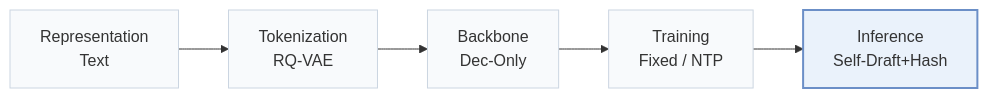
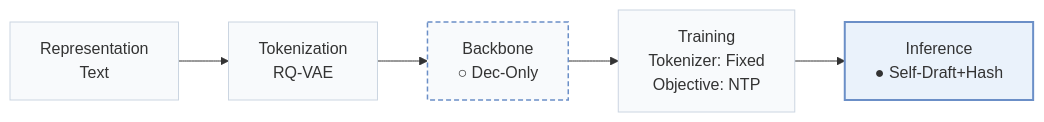
The first of 2 diagrams in pages/papers/nezha.md (Galaxy-ghost/Awesome-SID-Generative-Rec), drawn with Mermaid before and after one commit. The commit also changed other lines of this file and 558 other files, not shown here.

````diff
--- a/pages/papers/nezha.md
+++ b/pages/papers/nezha.md
@@ -15,8 +18,10 @@
 ```mermaid
 flowchart LR
-    R["Representation<br/>Text"] --> T["Tokenization<br/>RQ-VAE"] --> B["Backbone<br/>Dec-Only"] --> TR["Training<br/>Fixed / NTP"] --> I["Inference<br/>Self-Draft+Hash"]
+    R["Representation<br/>Text"] --> T["Tokenization<br/>RQ-VAE"] --> B["Backbone<br/>○ Dec-Only"] --> TR["Training<br/>Tokenizer: Fixed<br/>Objective: NTP"] --> I["Inference<br/>● Self-Draft+Hash"]
     classDef base fill:#f8fafc,stroke:#cbd5e1
     class R,T,B,TR,I base
+    classDef other fill:#f8fafc,stroke:#6b8fc7,stroke-width:1.5px,stroke-dasharray:5 3
+    class B other
     classDef main fill:#eaf2fb,stroke:#6b8fc7,stroke-width:2px
     class I main
 ```
````
